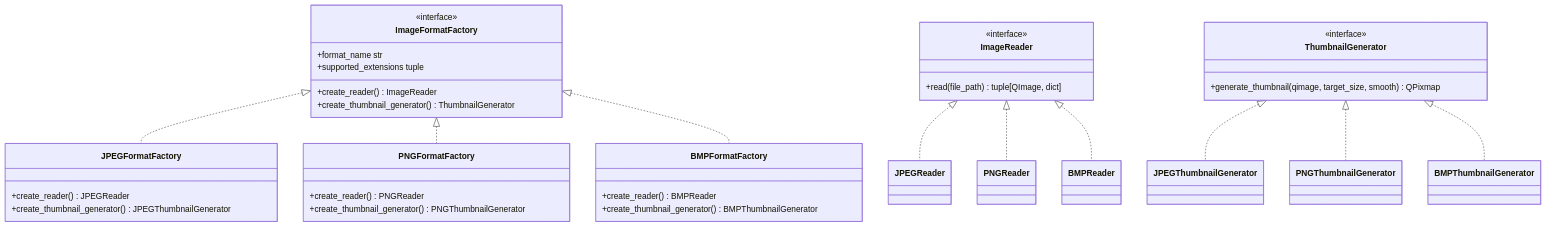
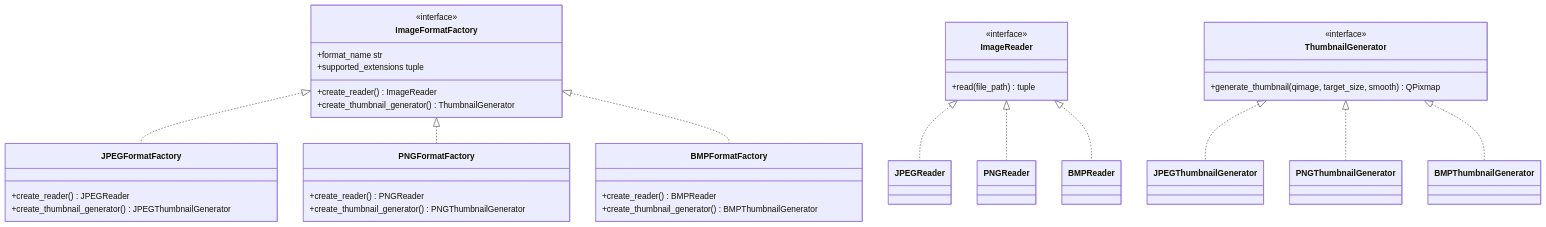
Before and after one commit to gustavosilverio/organizador-imagens: the first of 4 diagrams in README.md, drawn with Mermaid. The commit also changed other lines of this file and 27 other files, not shown here.

````diff
--- a/README.md
+++ b/README.md
@@ -50,40 +27,40 @@
 ```mermaid
 classDiagram
     class ImageFormatFactory {
         <<interface>>
         +create_reader() ImageReader
         +create_thumbnail_generator() ThumbnailGenerator
         +format_name str
         +supported_extensions tuple
     }
     class JPEGFormatFactory {
         +create_reader() JPEGReader
         +create_thumbnail_generator() JPEGThumbnailGenerator
     }
     class PNGFormatFactory {
         +create_reader() PNGReader
         +create_thumbnail_generator() PNGThumbnailGenerator
     }
     class BMPFormatFactory {
         +create_reader() BMPReader
         +create_thumbnail_generator() BMPThumbnailGenerator
     }
     class ImageReader {
         <<interface>>
-        +read(file_path) tuple[QImage, dict]
+        +read(file_path) tuple
     }
     class ThumbnailGenerator {
         <<interface>>
         +generate_thumbnail(qimage, target_size, smooth) QPixmap
     }
 
     ImageFormatFactory <|.. JPEGFormatFactory
     ImageFormatFactory <|.. PNGFormatFactory
     ImageFormatFactory <|.. BMPFormatFactory
     ImageReader <|.. JPEGReader
     ImageReader <|.. PNGReader
     ImageReader <|.. BMPReader
     ThumbnailGenerator <|.. JPEGThumbnailGenerator
     ThumbnailGenerator <|.. PNGThumbnailGenerator
     ThumbnailGenerator <|.. BMPThumbnailGenerator
 ```
````
